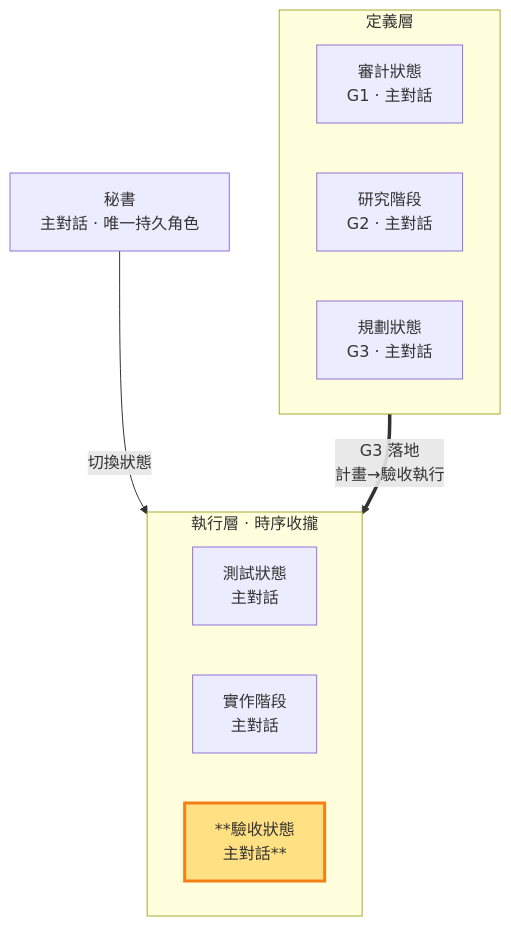
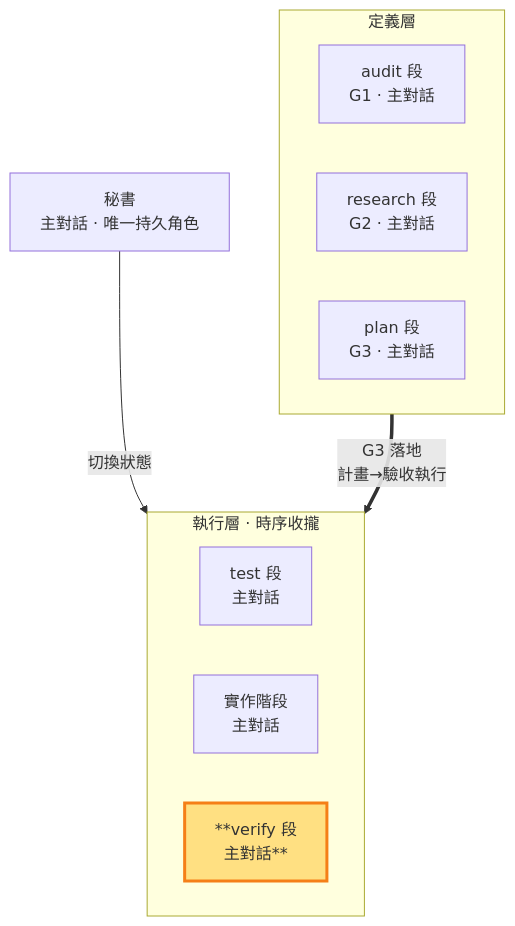
One commit to teps3105/shiftblame changed the diagram in skills/shiftblame/references/VERIFY.md. Above: the diagram before and after it, drawn with Mermaid. The commit also changed other lines of this file and 26 other files, not shown here.

````diff
--- a/skills/shiftblame/references/VERIFY.md
+++ b/skills/shiftblame/references/VERIFY.md
@@ -16,19 +16,19 @@
 ```mermaid
 flowchart TB
     SEC[秘書<br/>主對話 · 唯一持久角色]
     subgraph Consult["定義層"]
         direction LR
-        AUD["審計狀態<br/>G1 · 主對話"]
-        RES["研究階段<br/>G2 · 主對話"]
-        PLA["規劃狀態<br/>G3 · 主對話"]
+        AUD["audit 段<br/>G1 · 主對話"]
+        RES["research 段<br/>G2 · 主對話"]
+        PLA["plan 段<br/>G3 · 主對話"]
     end
     subgraph Build["執行層 · 時序收攏"]
         direction LR
-        TST["測試狀態<br/>主對話"]
+        TST["test 段<br/>主對話"]
         DEV["實作階段<br/>主對話"]
-        ACC["**驗收狀態<br/>主對話**"]:::thisrole
+        ACC["**verify 段<br/>主對話**"]:::thisrole
     end
     SEC -- 切換狀態 --> ACC
     PLA == "G3 落地<br/>計畫→驗收執行" ==> ACC
     classDef thisrole fill:#ffe082,stroke:#f57f17,stroke-width:3px;
 ```
````
